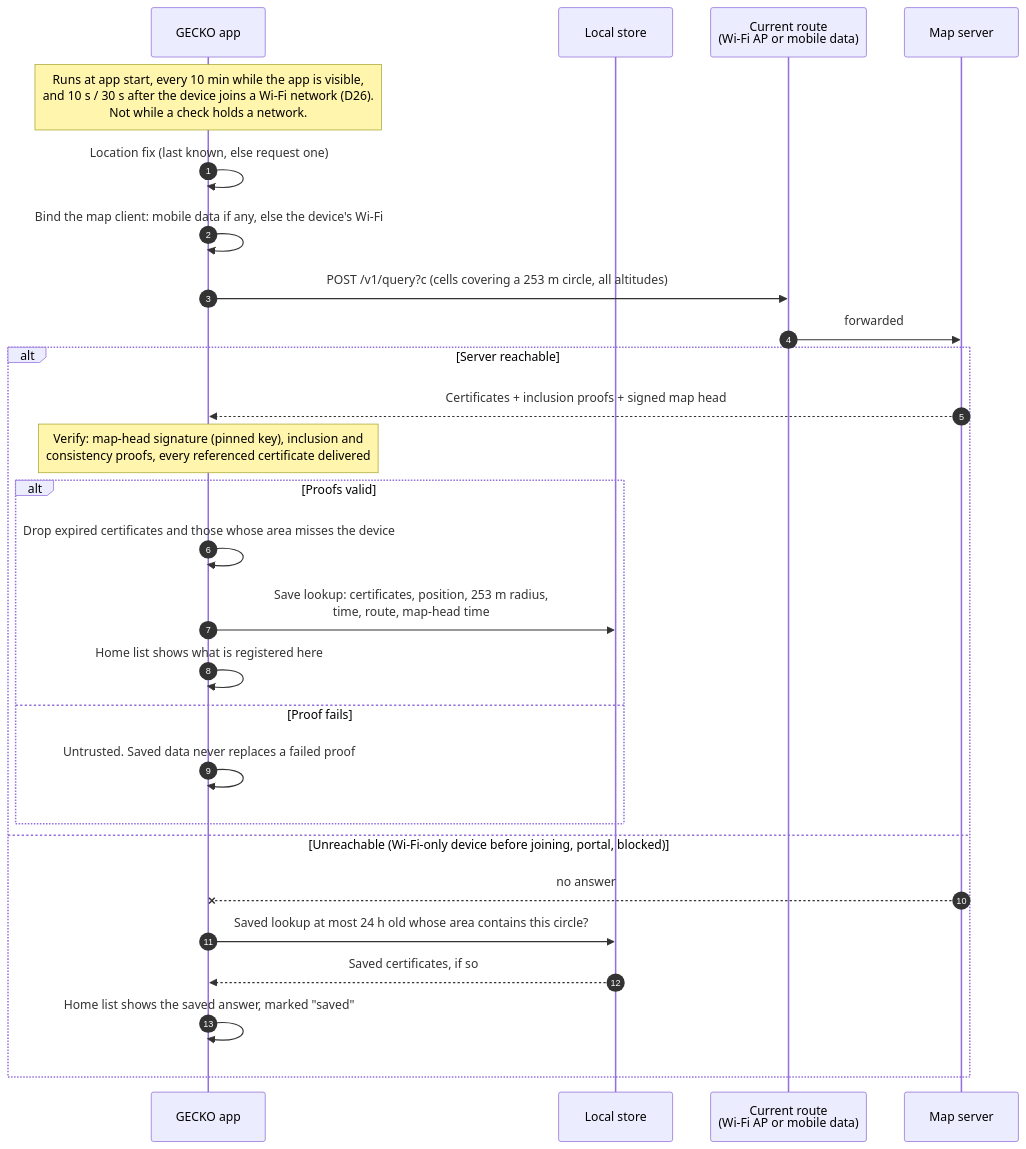
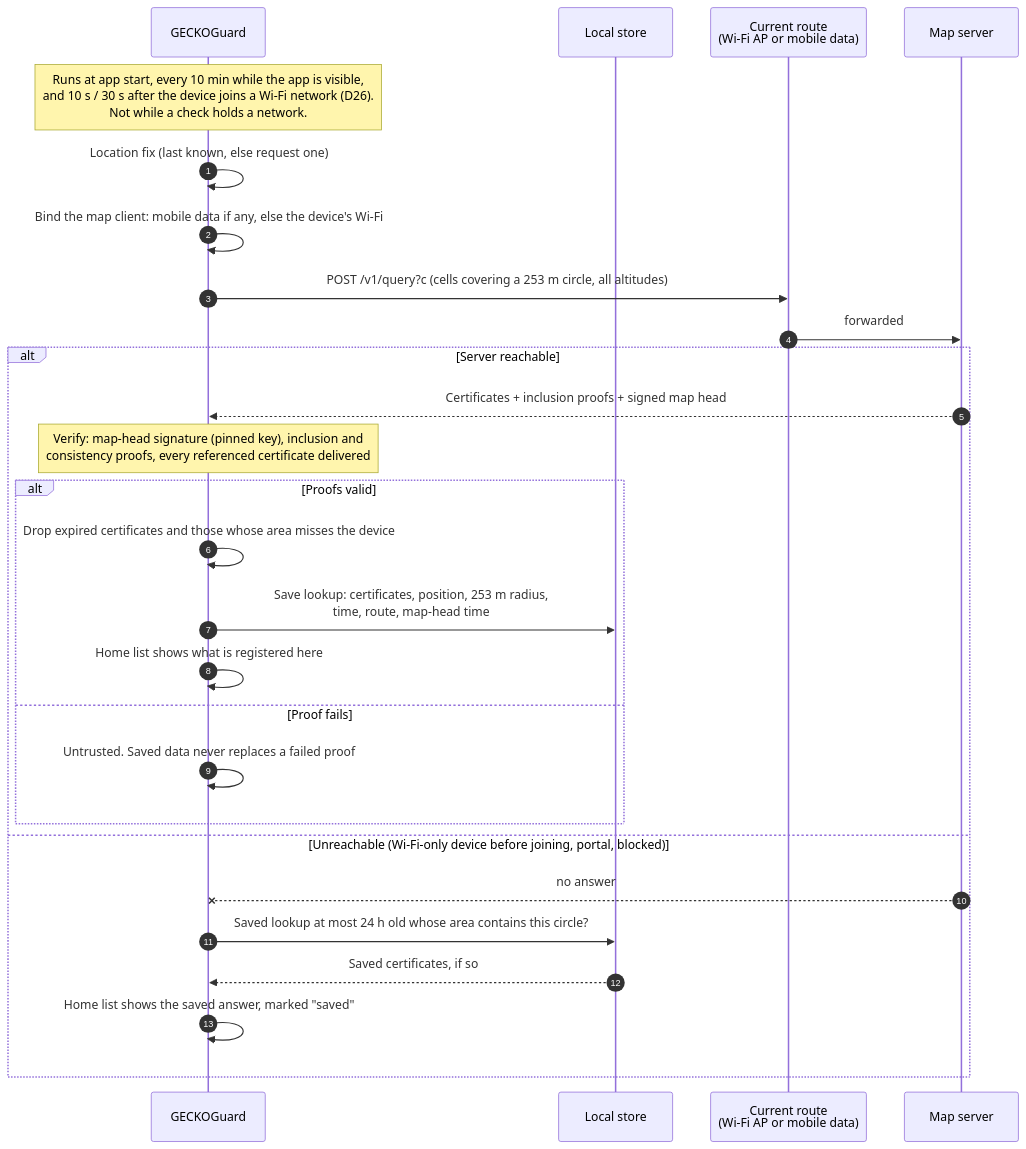
The first of 4 diagrams in docs/sequence-diagrams.md (pablotanner/GECKOWiFi), drawn with Mermaid before and after one commit. The commit also changed other lines of this file and 34 other files, not shown here.

````diff
--- a/docs/sequence-diagrams.md
+++ b/docs/sequence-diagrams.md
@@ -39,30 +39,30 @@
 ```mermaid
 sequenceDiagram
     autonumber
-    participant App as GECKO app
+    participant App as GECKOGuard
     participant Store as Local store
     participant Net as Current route<br/>(Wi-Fi AP or mobile data)
     participant Map as Map server
 
     Note over App: Runs at app start, every 10 min while the app is visible,<br/>and 10 s / 30 s after the device joins a Wi-Fi network (D26).<br/>Not while a check holds a network.
     App->>App: Location fix (last known, else request one)
     App->>App: Bind the map client: mobile data if any, else the device's Wi-Fi
     App->>Net: POST /v1/query?c (cells covering a 253 m circle, all altitudes)
     Net->>Map: forwarded
     alt Server reachable
         Map-->>App: Certificates + inclusion proofs + signed map head
         Note over App: Verify: map-head signature (pinned key), inclusion and<br/>consistency proofs, every referenced certificate delivered
         alt Proofs valid
             App->>App: Drop expired certificates and those whose area misses the device
             App->>Store: Save lookup: certificates, position, 253 m radius,<br/>time, route, map-head time
             App->>App: Home list shows what is registered here
         else Proof fails
             App->>App: Untrusted. Saved data never replaces a failed proof
         end
     else Unreachable (Wi-Fi-only device before joining, portal, blocked)
         Map--xApp: no answer
         App->>Store: Saved lookup at most 24 h old whose area contains this circle?
         Store-->>App: Saved certificates, if so
         App->>App: Home list shows the saved answer, marked "saved"
     end
 ```
````
